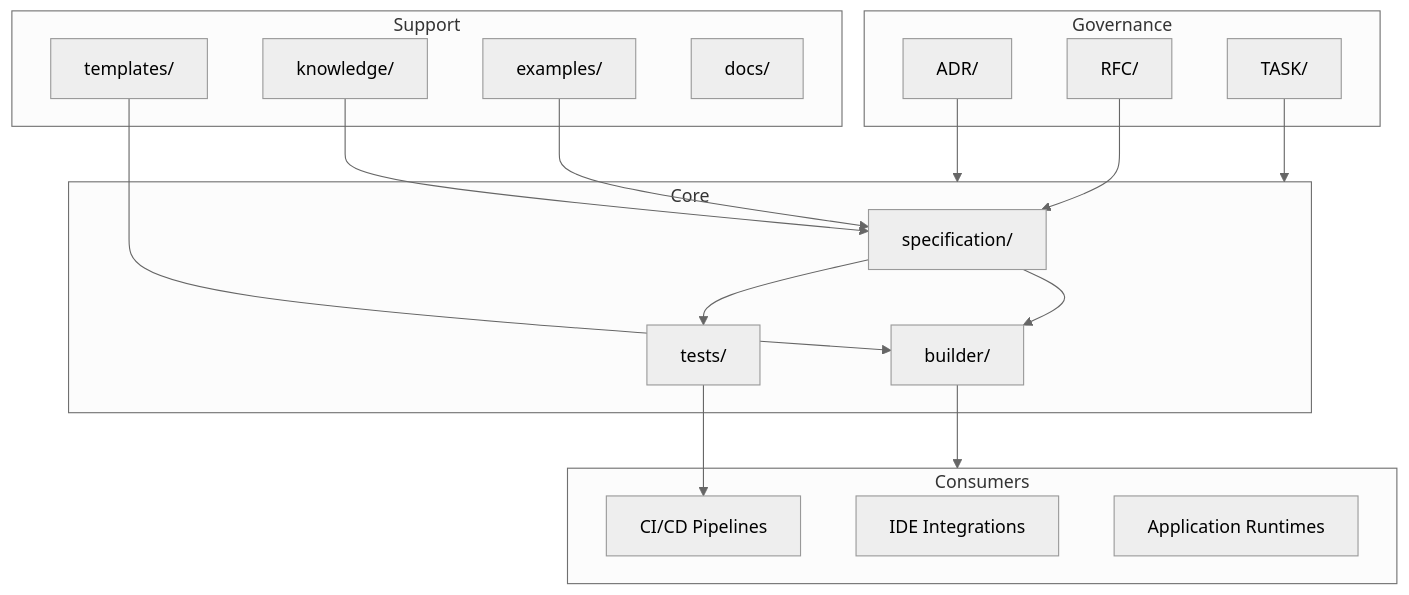
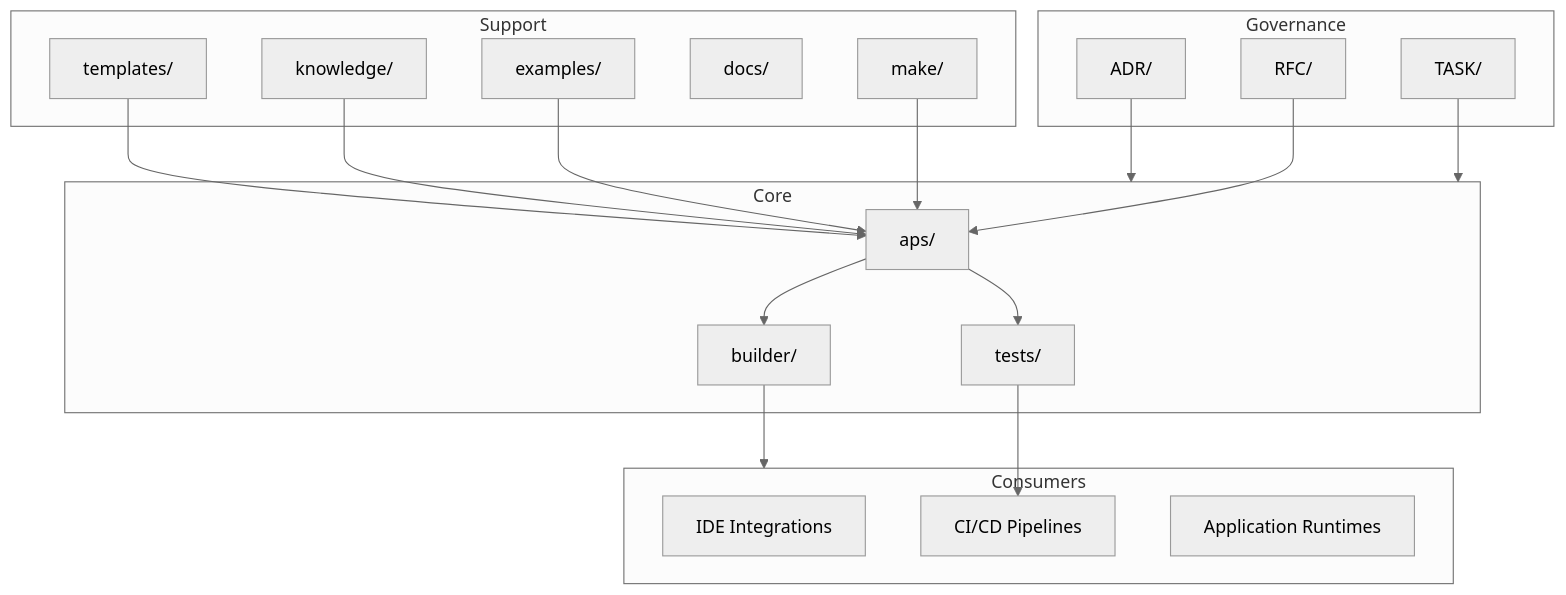
The diagram in ARCHITECTURE.md (majormguarde/aps), drawn with Mermaid (neutral theme) before and after one commit. The commit also changed other lines of this file and 25 other files, not shown here.

````diff
--- a/ARCHITECTURE.md
+++ b/ARCHITECTURE.md
@@ -33,38 +34,40 @@
 ```mermaid
 flowchart TB
     subgraph governance [Governance]
         ADR[ADR/]
         RFC[RFC/]
         TASK[TASK/]
     end
 
     subgraph core [Core]
-        Spec[specification/]
+        APS[aps/]
         Builder[builder/]
         Tests[tests/]
     end
 
     subgraph support [Support]
         Templates[templates/]
         Knowledge[knowledge/]
         Examples[examples/]
         Docs[docs/]
+        Make[make/]
     end
 
     subgraph consumers [Consumers]
         IDE[IDE Integrations]
         CI[CI/CD Pipelines]
         Apps[Application Runtimes]
     end
 
-    RFC --> Spec
+    RFC --> APS
     ADR --> core
     TASK --> core
-    Spec --> Builder
-    Spec --> Tests
-    Templates --> Builder
-    Knowledge --> Spec
-    Examples --> Spec
+    APS --> Builder
+    APS --> Tests
+    Templates --> APS
+    Make --> APS
+    Knowledge --> APS
+    Examples --> APS
     Builder --> consumers
     Tests --> CI
 ```
````
